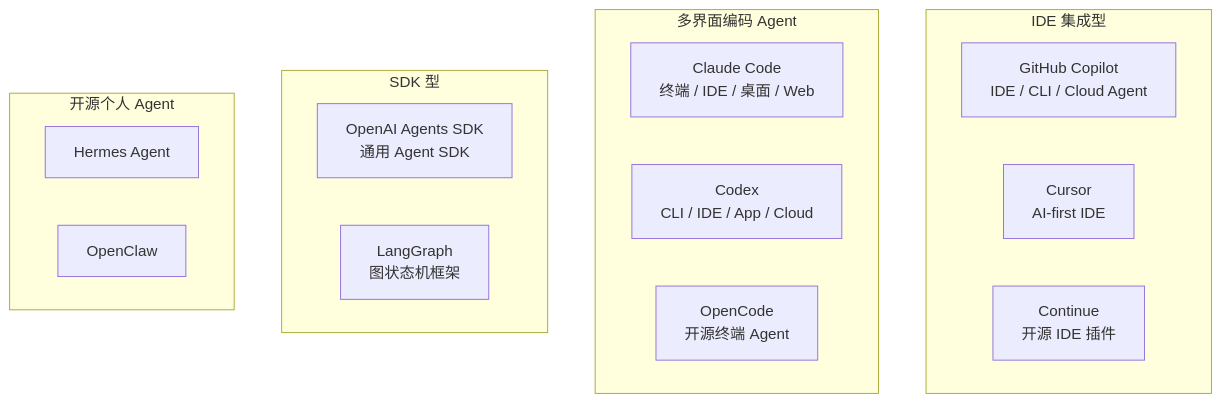
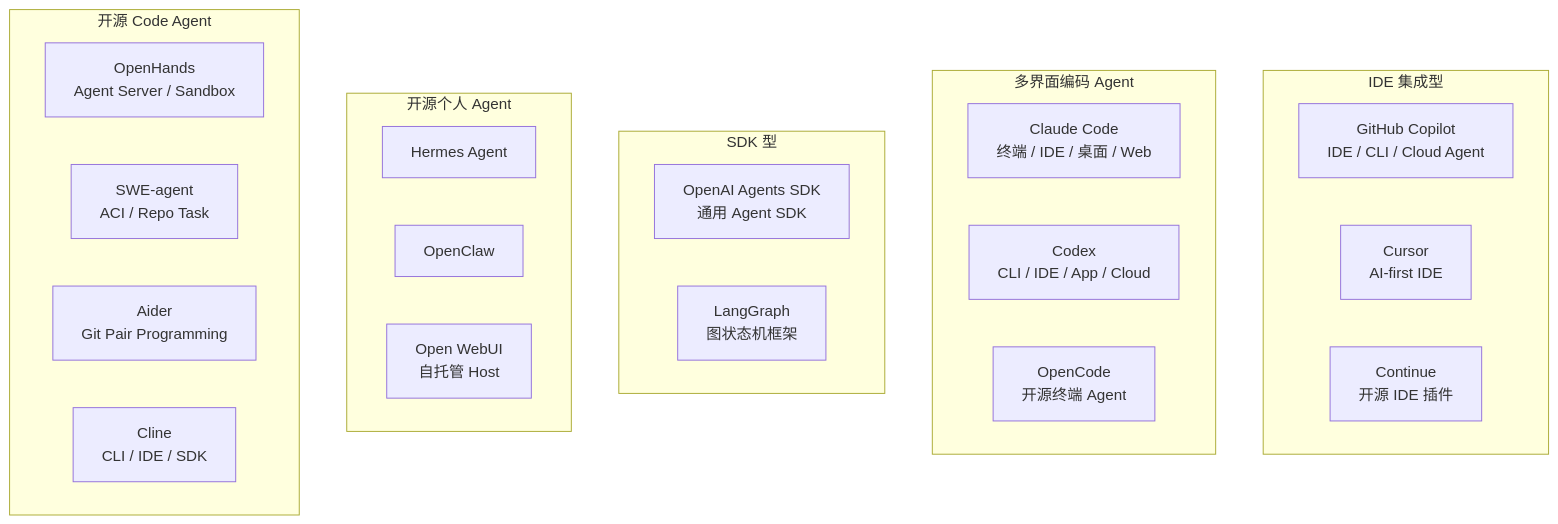
Before and after one commit to dollarser/modern-ai-agent-architecture: the diagram in docs/chapters/19-framework-analysis/README.md, drawn with Mermaid. The commit also changed other lines of this file and 27 other files, not shown here.

````diff
--- a/docs/chapters/19-framework-analysis/README.md
+++ b/docs/chapters/19-framework-analysis/README.md
@@ -34,23 +34,30 @@
 ```mermaid
 graph TD
     subgraph "IDE 集成型"
         Copilot[GitHub Copilot<br/>IDE / CLI / Cloud Agent]
         Cursor[Cursor<br/>AI-first IDE]
         Continue[Continue<br/>开源 IDE 插件]
     end
 
     subgraph "多界面编码 Agent"
         ClaudeCode[Claude Code<br/>终端 / IDE / 桌面 / Web]
         Codex[Codex<br/>CLI / IDE / App / Cloud]
         OpenCode[OpenCode<br/>开源终端 Agent]
     end
 
     subgraph "SDK 型"
         OpenAISDK[OpenAI Agents SDK<br/>通用 Agent SDK]
         LangGraph[LangGraph<br/>图状态机框架]
     end
     subgraph "开源个人 Agent"
         Hermes[Hermes Agent]
         OpenClaw[OpenClaw]
+        OpenWebUI[Open WebUI<br/>自托管 Host]
+    end
+    subgraph "开源 Code Agent"
+        OpenHands[OpenHands<br/>Agent Server / Sandbox]
+        SWEAgent[SWE-agent<br/>ACI / Repo Task]
+        Aider[Aider<br/>Git Pair Programming]
+        Cline[Cline<br/>CLI / IDE / SDK]
     end
 ```
````
